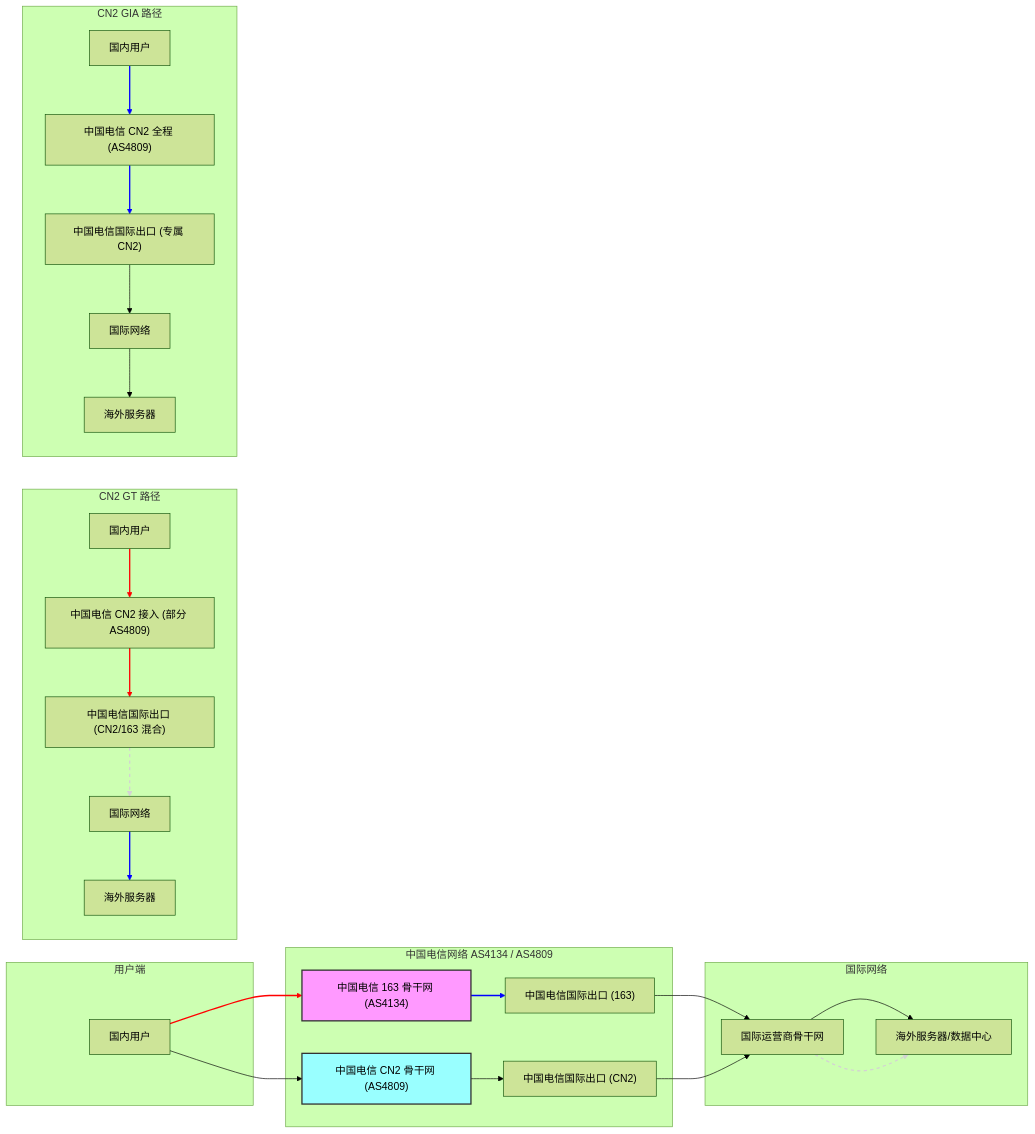
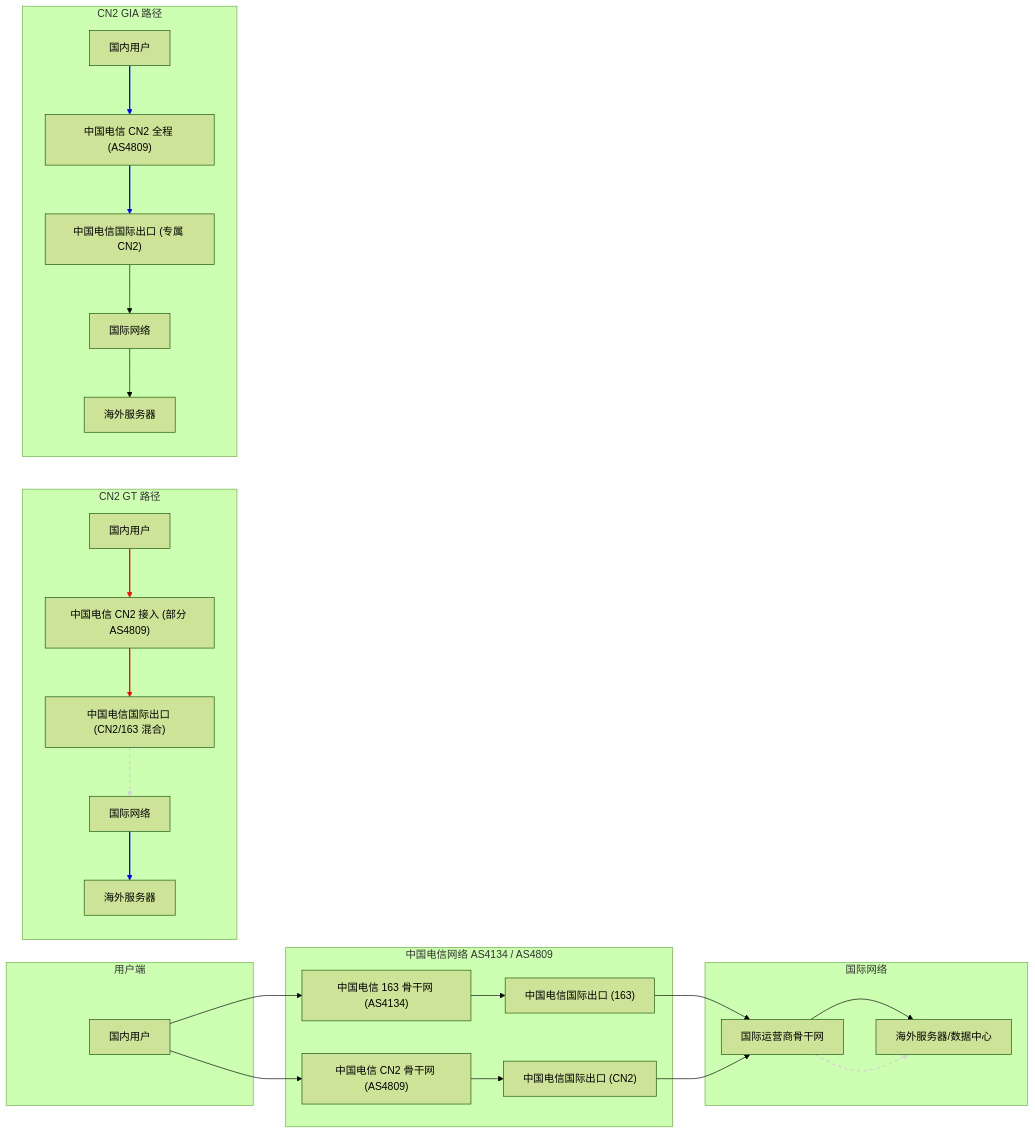
The diagram in source/_posts/2024/2024-03-19_中国电信 CN2 网络详解.md (teatang/t-blog), drawn with Mermaid (forest theme) before and after one commit. The commit also changed 24 other files, not shown here.

```diff
--- a/source/_posts/2024/2024-03-19_中国电信 CN2 网络详解.md
+++ b/source/_posts/2024/2024-03-19_中国电信 CN2 网络详解.md
@@ -116,57 +116,51 @@
 {% mermaid %}
 graph LR
     subgraph 用户端
         A[国内用户]
     end
 
     subgraph 中国电信网络 AS4134 / AS4809
         B["中国电信 163 骨干网 (AS4134)"]
         C["中国电信 CN2 骨干网 (AS4809)"]
         D["中国电信国际出口 (163)"]
         E["中国电信国际出口 (CN2)"]
     end
 
     subgraph 国际网络
         F[国际运营商骨干网]
         G[海外服务器/数据中心]
     end
 
     A --> B
     B --> D
     D --> F
     F --> G
 
     A --> C
     C --> E
     E --> F
     F --> G
 
-    style B fill:#f9f,stroke:#333,stroke-width:2px;
-    style C fill:#9ff,stroke:#333,stroke-width:2px;
-
-    linkStyle 0 stroke:red,stroke-width:2px,fill:none;
-    linkStyle 1 stroke:blue,stroke-width:2px,fill:none;
-
     subgraph CN2 GT 路径
         AGTG1[国内用户] --> AGTG2["中国电信 CN2 接入 (部分 AS4809)"]
         AGTG2 --> AGTG3["中国电信国际出口 (CN2/163 混合)"]
         AGTG3 --> AGTG4[国际网络]
         AGTG4 --> AGTG5[海外服务器]
     end
 
     subgraph CN2 GIA 路径
         AGIAG1[国内用户] --> AGIAG2["中国电信 CN2 全程 (AS4809)"]
         AGIAG2 --> AGIAG3["中国电信国际出口 (专属 CN2)"]
         AGIAG3 --> AGIAG4[国际网络]
         AGIAG4 --> AGIAG5[海外服务器]
     end
 
     linkStyle 7 stroke:lightgray,stroke-width:2px,fill:none,stroke-dasharray: 5 5;
     linkStyle 8 stroke:red,stroke-width:2px,fill:none;
     linkStyle 9 stroke:red,stroke-width:2px,fill:none;
     linkStyle 10 stroke:lightgray,stroke-width:2px,fill:none,stroke-dasharray: 5 5;
     linkStyle 11 stroke:blue,stroke-width:2px,fill:none;
     linkStyle 12 stroke:blue,stroke-width:2px,fill:none;
     linkStyle 13 stroke:blue,stroke-width:2px,fill:none;
 
 {% endmermaid %}
```
